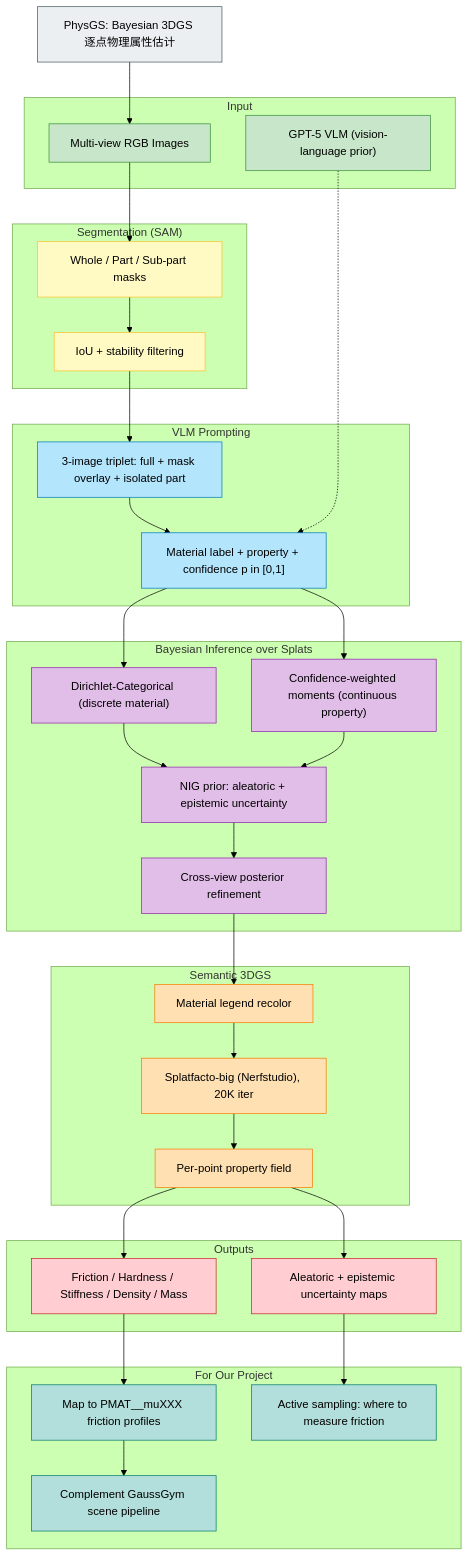
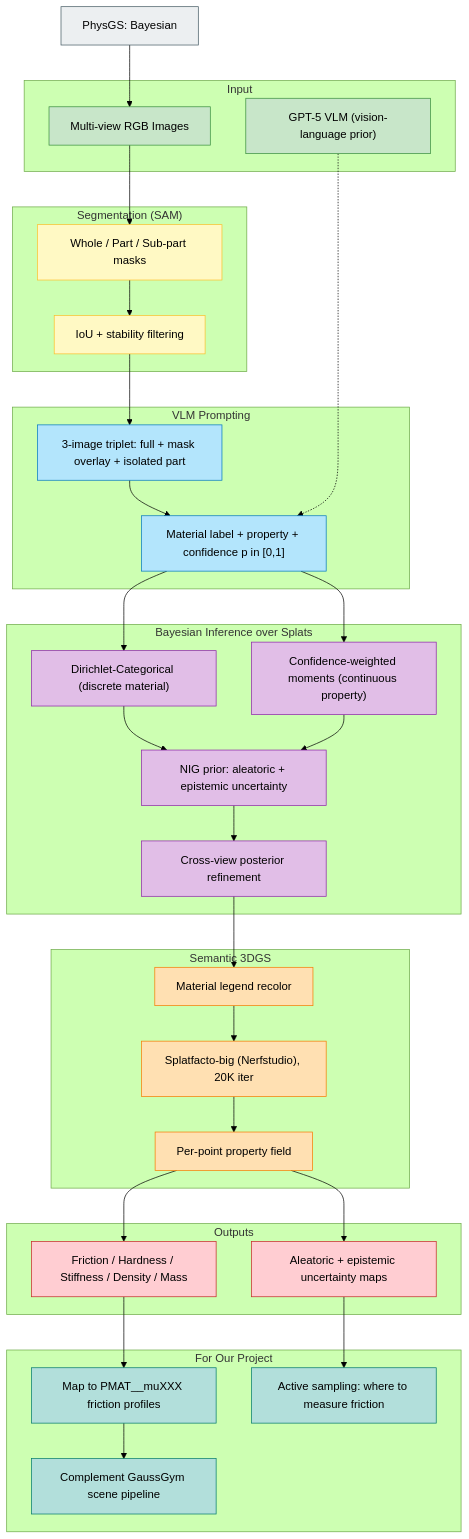
One commit to TIMHX/3d-sim-wiki changed the diagram in assets/physgs-overview.mmd. Above: the diagram before and after it, drawn with Mermaid (forest theme).

Commit message:
Revise flowchart title in physgs-overview.mmd
Updated title in the flowchart for clarity.

```diff
--- a/assets/physgs-overview.mmd
+++ b/assets/physgs-overview.mmd
@@ -1,80 +1,80 @@
 %% PhysGS: Bayesian-Inferred Gaussian Splatting for Physical Property Estimation
 %% presentation panorama — CVPR 2026 (arXiv:2511.18570)
 flowchart TD
-    T["PhysGS: Bayesian 3DGS 逐点物理属性估计"]
+    T["PhysGS: Bayesian"]
 
     subgraph SG_IN["Input"]
         IN1["Multi-view RGB Images"]
         IN2["GPT-5 VLM (vision-language prior)"]
     end
 
     subgraph SG_SEG["Segmentation (SAM)"]
         SAM1["Whole / Part / Sub-part masks"]
         SAM2["IoU + stability filtering"]
     end
 
     subgraph SG_VLM["VLM Prompting"]
         VP1["3-image triplet: full + mask overlay + isolated part"]
         VP2["Material label + property + confidence p in [0,1]"]
     end
 
     subgraph SG_BAYES["Bayesian Inference over Splats"]
         B1["Dirichlet-Categorical (discrete material)"]
         B2["Confidence-weighted moments (continuous property)"]
         B3["NIG prior: aleatoric + epistemic uncertainty"]
         B4["Cross-view posterior refinement"]
     end
 
     subgraph SG_GS["Semantic 3DGS"]
         GS1["Material legend recolor"]
         GS2["Splatfacto-big (Nerfstudio), 20K iter"]
         GS3["Per-point property field"]
     end
 
     subgraph SG_OUT["Outputs"]
         O1["Friction / Hardness / Stiffness / Density / Mass"]
         O2["Aleatoric + epistemic uncertainty maps"]
     end
 
     subgraph SG_USE["For Our Project"]
         U1["Map to PMAT__muXXX friction profiles"]
         U2["Active sampling: where to measure friction"]
         U3["Complement GaussGym scene pipeline"]
     end
 
     T --> IN1
     IN1 --> SAM1
     SAM1 --> SAM2
     SAM2 --> VP1
     VP1 --> VP2
     IN2 -.-> VP2
     VP2 --> B1
     VP2 --> B2
     B1 --> B3
     B2 --> B3
     B3 --> B4
     B4 --> GS1
     GS1 --> GS2
     GS2 --> GS3
     GS3 --> O1
     GS3 --> O2
     O1 --> U1
     O2 --> U2
     U1 --> U3
 
     classDef inp fill:#c8e6c9,stroke:#388e3c;
     classDef seg fill:#fff9c4,stroke:#fbc02d;
     classDef vlm fill:#b3e5fc,stroke:#0277bd;
     classDef bay fill:#e1bee7,stroke:#8e24aa;
     classDef gs fill:#ffe0b2,stroke:#f57c00;
     classDef out fill:#ffcdd2,stroke:#c62828;
     classDef use fill:#b2dfdb,stroke:#00796b;
     classDef title fill:#eceff1,stroke:#455a64;
     class IN1,IN2 inp;
     class SAM1,SAM2 seg;
     class VP1,VP2 vlm;
     class B1,B2,B3,B4 bay;
     class GS1,GS2,GS3 gs;
     class O1,O2 out;
     class U1,U2,U3 use;
     class T title;
```
